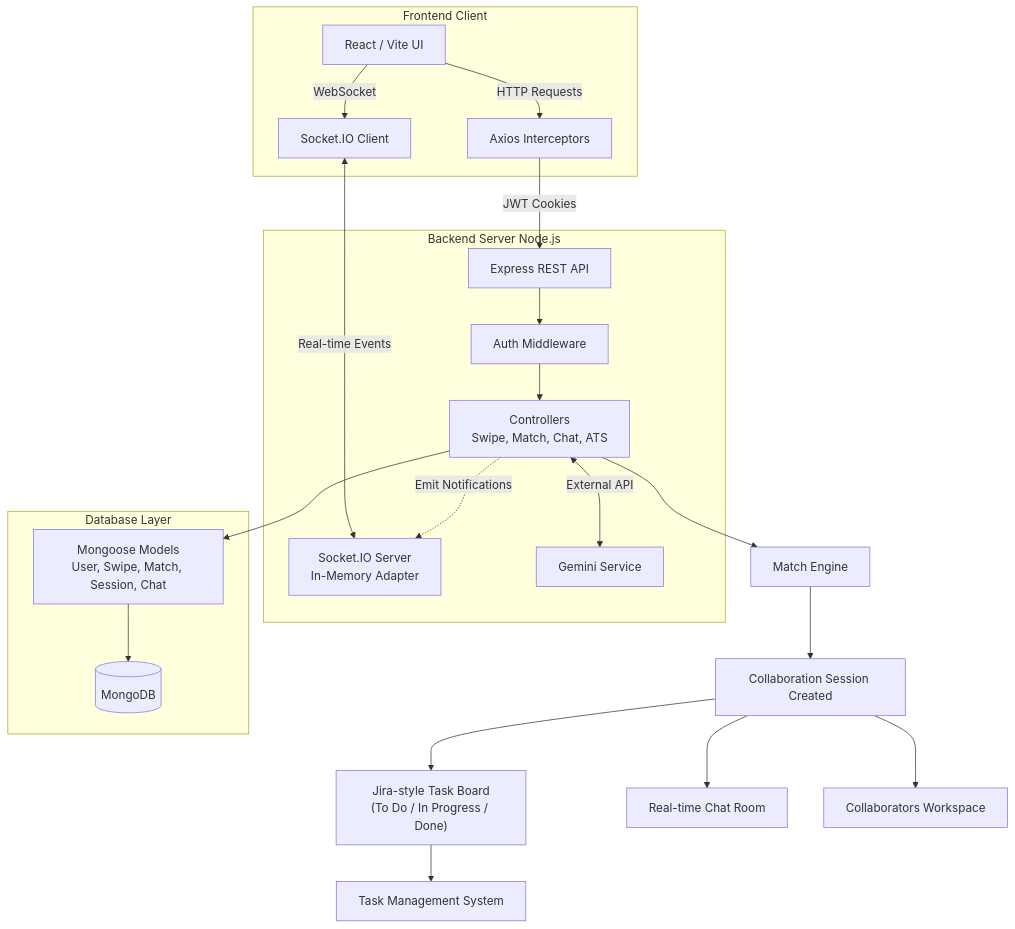
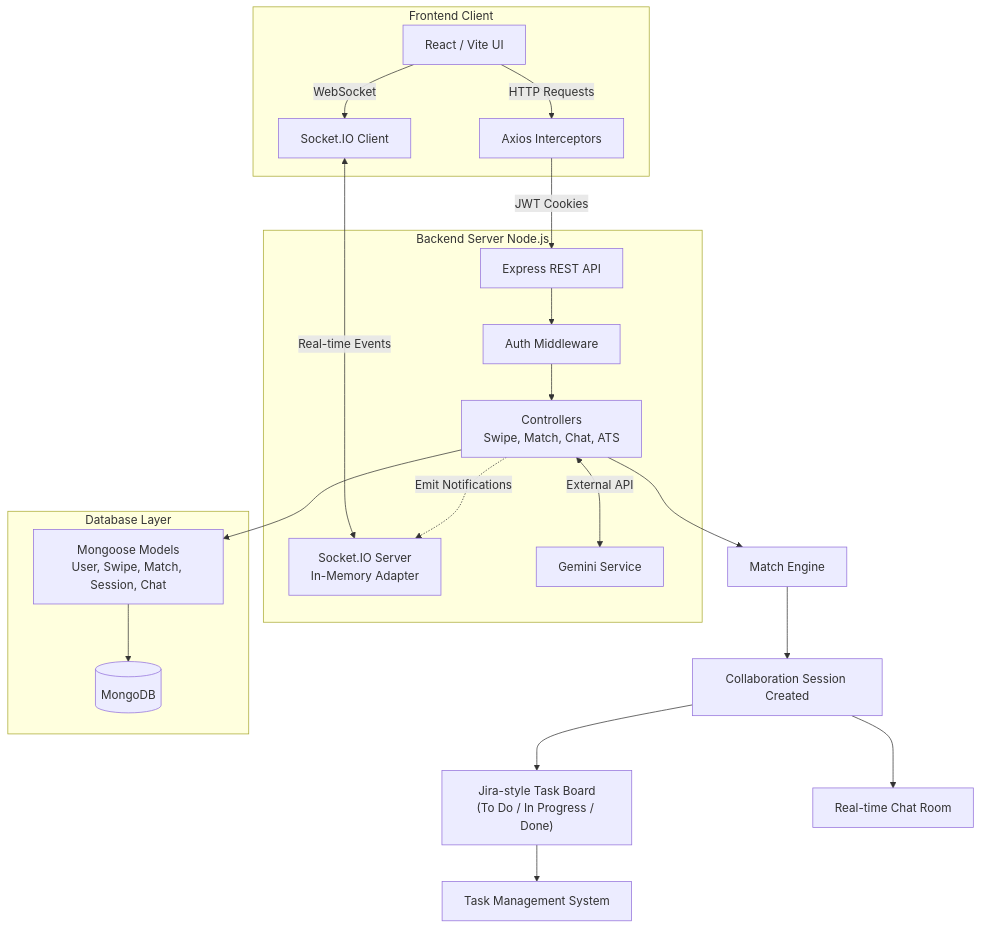
The first of 3 diagrams in README.md (Megh1701/DevSwipee), drawn with Mermaid before and after one commit.

Commit message:
docs: remove collaborators workspace from project architecture diagram

````diff
--- a/README.md
+++ b/README.md
@@ -90,47 +90,46 @@
 ```mermaid
 graph TD
 
     subgraph Frontend Client
         React[React / Vite UI]
         Axios[Axios Interceptors]
         SocketClient[Socket.IO Client]
     end
 
     subgraph Backend Server Node.js
         Express[Express REST API]
         Auth[Auth Middleware]
         SocketServer[Socket.IO Server\nIn-Memory Adapter]
 
         Controllers[Controllers\nSwipe, Match, Chat, ATS]
         Gemini[Gemini Service]
     end
 
     subgraph Database Layer
         MongoDB[(MongoDB)]
         Models[Mongoose Models\nUser, Swipe, Match, Session, Chat]
     end
 
     %% Core flows
     React -->|HTTP Requests| Axios
     Axios -->|JWT Cookies| Express
     Express --> Auth
     Auth --> Controllers
     Controllers --> Models
     Models --> MongoDB
 
     Controllers <-->|External API| Gemini
 
     React -->|WebSocket| SocketClient
     SocketClient <-->|Real-time Events| SocketServer
     Controllers -.->|Emit Notifications| SocketServer
 
     %% 🔥 NEW: Tinder + Jira hybrid layer
     Controllers --> Match[Match Engine]
     Match --> Session[Collaboration Session Created]
 
     Session --> JiraBoard["Jira-style Task Board<br/>(To Do / In Progress / Done)"]
     Session --> ChatRoom["Real-time Chat Room"]
-    Session --> Members["Collaborators Workspace"]
 
     JiraBoard --> Tasks[Task Management System]
 ```
````
